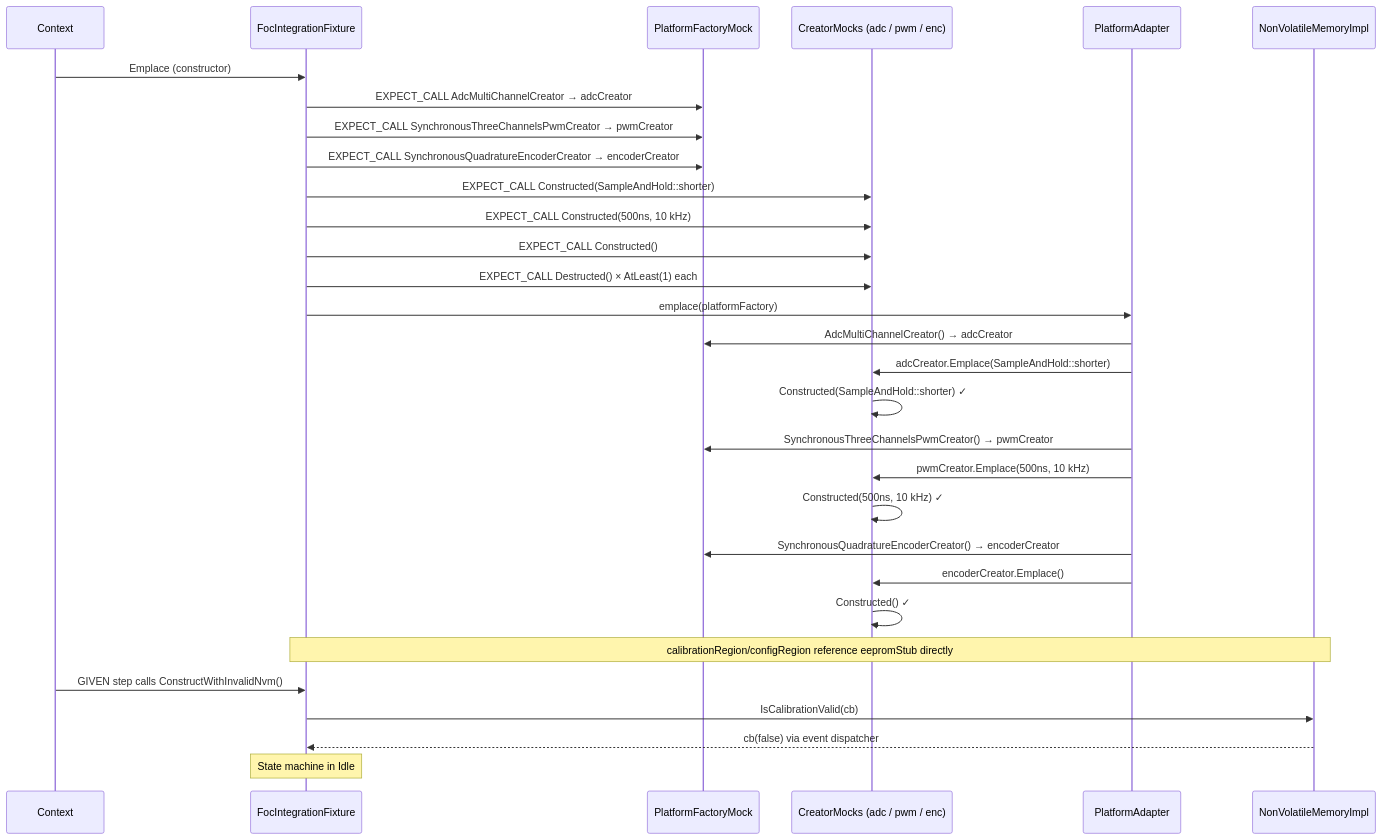
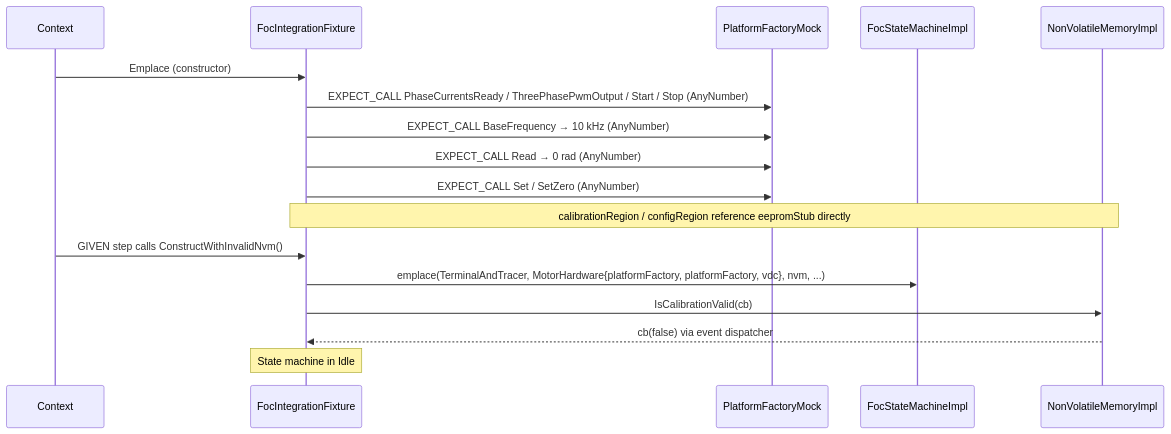
One commit to embedded-pro/e-foc changed the first of 3 diagrams in documentation/design/integration-testing.md. Above: the diagram before and after it, drawn with Mermaid. The commit also changed other lines of this file and 30 other files, not shown here.

````diff
--- a/documentation/design/integration-testing.md
+++ b/documentation/design/integration-testing.md
@@ -69,34 +67,21 @@
 ```mermaid
 sequenceDiagram
     participant Context
     participant Fixture as FocIntegrationFixture
     participant PFM as PlatformFactoryMock
-    participant CM as CreatorMocks (adc / pwm / enc)
-    participant PA as PlatformAdapter
+    participant SM as FocStateMachineImpl
     participant NVM as NonVolatileMemoryImpl
 
     Context->>Fixture: Emplace (constructor)
-    Fixture->>PFM: EXPECT_CALL AdcMultiChannelCreator → adcCreator
-    Fixture->>PFM: EXPECT_CALL SynchronousThreeChannelsPwmCreator → pwmCreator
-    Fixture->>PFM: EXPECT_CALL SynchronousQuadratureEncoderCreator → encoderCreator
-    Fixture->>CM: EXPECT_CALL Constructed(SampleAndHold::shorter)
-    Fixture->>CM: EXPECT_CALL Constructed(500ns, 10 kHz)
-    Fixture->>CM: EXPECT_CALL Constructed()
-    Fixture->>CM: EXPECT_CALL Destructed() × AtLeast(1) each
-    Fixture->>PA: emplace(platformFactory)
-    PA->>PFM: AdcMultiChannelCreator()  → adcCreator
-    PA->>CM: adcCreator.Emplace(SampleAndHold::shorter)
-    CM->>CM: Constructed(SampleAndHold::shorter)  ✓
-    PA->>PFM: SynchronousThreeChannelsPwmCreator()  → pwmCreator
-    PA->>CM: pwmCreator.Emplace(500ns, 10 kHz)
-    CM->>CM: Constructed(500ns, 10 kHz)  ✓
-    PA->>PFM: SynchronousQuadratureEncoderCreator()  → encoderCreator
-    PA->>CM: encoderCreator.Emplace()
-    CM->>CM: Constructed()  ✓
-    Note over Fixture,NVM: calibrationRegion/configRegion reference eepromStub directly
+    Fixture->>PFM: EXPECT_CALL PhaseCurrentsReady / ThreePhasePwmOutput / Start / Stop (AnyNumber)
+    Fixture->>PFM: EXPECT_CALL BaseFrequency → 10 kHz (AnyNumber)
+    Fixture->>PFM: EXPECT_CALL Read → 0 rad (AnyNumber)
+    Fixture->>PFM: EXPECT_CALL Set / SetZero (AnyNumber)
+    Note over Fixture,NVM: calibrationRegion / configRegion reference eepromStub directly
 
     Context->>Fixture: GIVEN step calls ConstructWithInvalidNvm()
+    Fixture->>SM: emplace(TerminalAndTracer, MotorHardware{platformFactory, platformFactory, vdc}, nvm, ...)
     Fixture->>NVM: IsCalibrationValid(cb)
-    NVM-->>Fixture: cb(false)  via event dispatcher
+    NVM-->>Fixture: cb(false) via event dispatcher
     Note over Fixture: State machine in Idle
 ```
````
